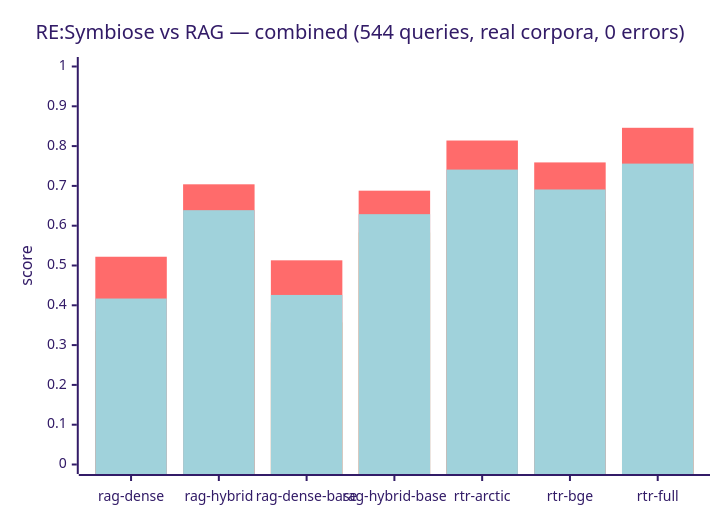
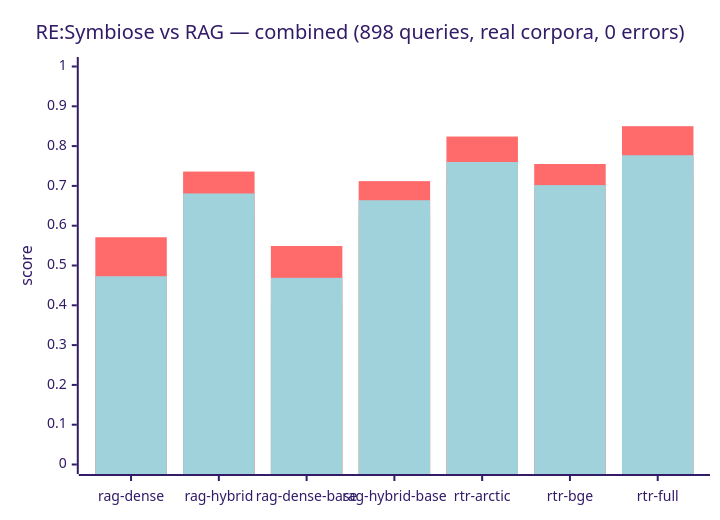
Before and after one commit to Nova-Violet-Role/RTR-RE: the diagram in eval/results/versus.mmd, drawn with Mermaid (forest theme). The commit also changed 21 other files, not shown here.

```diff
--- a/eval/results/versus.mmd
+++ b/eval/results/versus.mmd
@@ -1,13 +1,13 @@
 %% SPDX-FileCopyrightText: Nova-Violet Role ORG
 %% SPDX-License-Identifier: EUPL-1.2 OR AGPL-3.0-or-later
 %% Friendly reminder: RTR-RE is low-CPU friendly. At T2 or P20 the
 %% SSD acts as the RAM-consumption mitigation (swap-friendly), so
 %% the architecture runs on any CPU — the thread/parking axes only
 %% trade speed and memory, never retrieval quality (T4-T16 flat).
 xychart-beta
-    title "RE:Symbiose vs RAG — combined (544 queries, real corpora, 0 errors)"
+    title "RE:Symbiose vs RAG — combined (898 queries, real corpora, 0 errors)"
     x-axis ["rag-dense", "rag-hybrid", "rag-dense-base", "rag-hybrid-base", "rtr-arctic", "rtr-bge", "rtr-full"]
     y-axis "score" 0 --> 1
-    bar "R@1" [0.335, 0.588, 0.357, 0.583, 0.688, 0.636, 0.689]
-    bar "R@3" [0.522, 0.704, 0.513, 0.688, 0.814, 0.759, 0.846]
-    bar "MRR" [0.417, 0.639, 0.426, 0.629, 0.741, 0.691, 0.756]
+    bar "R@1" [0.394, 0.638, 0.404, 0.626, 0.713, 0.659, 0.723]
+    bar "R@3" [0.571, 0.736, 0.549, 0.712, 0.824, 0.755, 0.850]
+    bar "MRR" [0.473, 0.681, 0.469, 0.664, 0.760, 0.702, 0.777]
```
